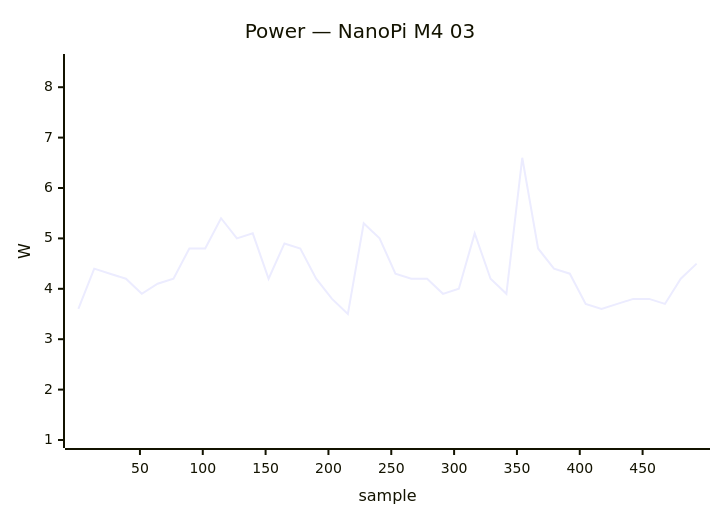
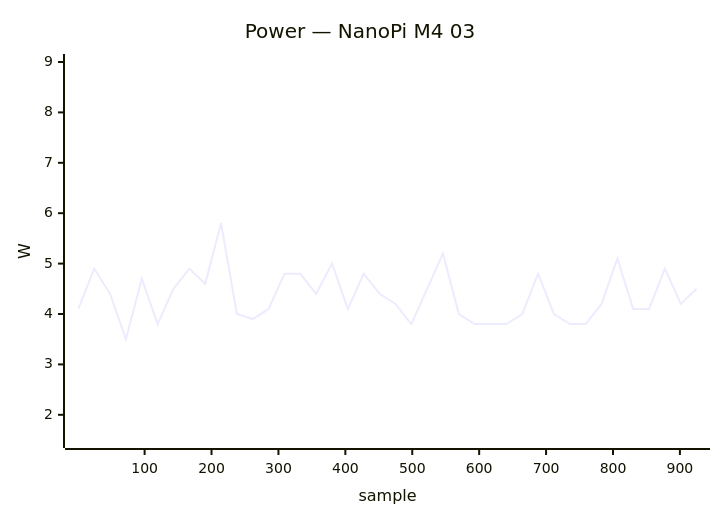
Before and after one commit to armbian/documentation: diagram 22 of 50 in docs/status/board-tests.md, drawn with Mermaid. The commit also changed other lines of this file, not shown here.

````diff
--- a/docs/status/board-tests.md
+++ b/docs/status/board-tests.md
@@ -851,7 +1153,7 @@
 ```mermaid
 xychart-beta
     title "Power — NanoPi M4 03"
-    x-axis "sample" 1 --> 493
-    y-axis "W" 1.0 --> 8.5
-    line [3.6, 4.4, 4.3, 4.2, 3.9, 4.1, 4.2, 4.8, 4.8, 5.4, 5.0, 5.1, 4.2, 4.9, 4.8, 4.2, 3.8, 3.5, 5.3, 5.0, 4.3, 4.2, 4.2, 3.9, 4.0, 5.1, 4.2, 3.9, 6.6, 4.8, 4.4, 4.3, 3.7, 3.6, 3.7, 3.8, 3.8, 3.7, 4.2, 4.5]
+    x-axis "sample" 1 --> 925
+    y-axis "W" 1.5 --> 9.0
+    line [4.1, 4.9, 4.4, 3.5, 4.7, 3.8, 4.5, 4.9, 4.6, 5.8, 4.0, 3.9, 4.1, 4.8, 4.8, 4.4, 5.0, 4.1, 4.8, 4.4, 4.2, 3.8, 4.5, 5.2, 4.0, 3.8, 3.8, 3.8, 4.0, 4.8, 4.0, 3.8, 3.8, 4.2, 5.1, 4.1, 4.1, 4.9, 4.2, 4.5]
 ```
````
